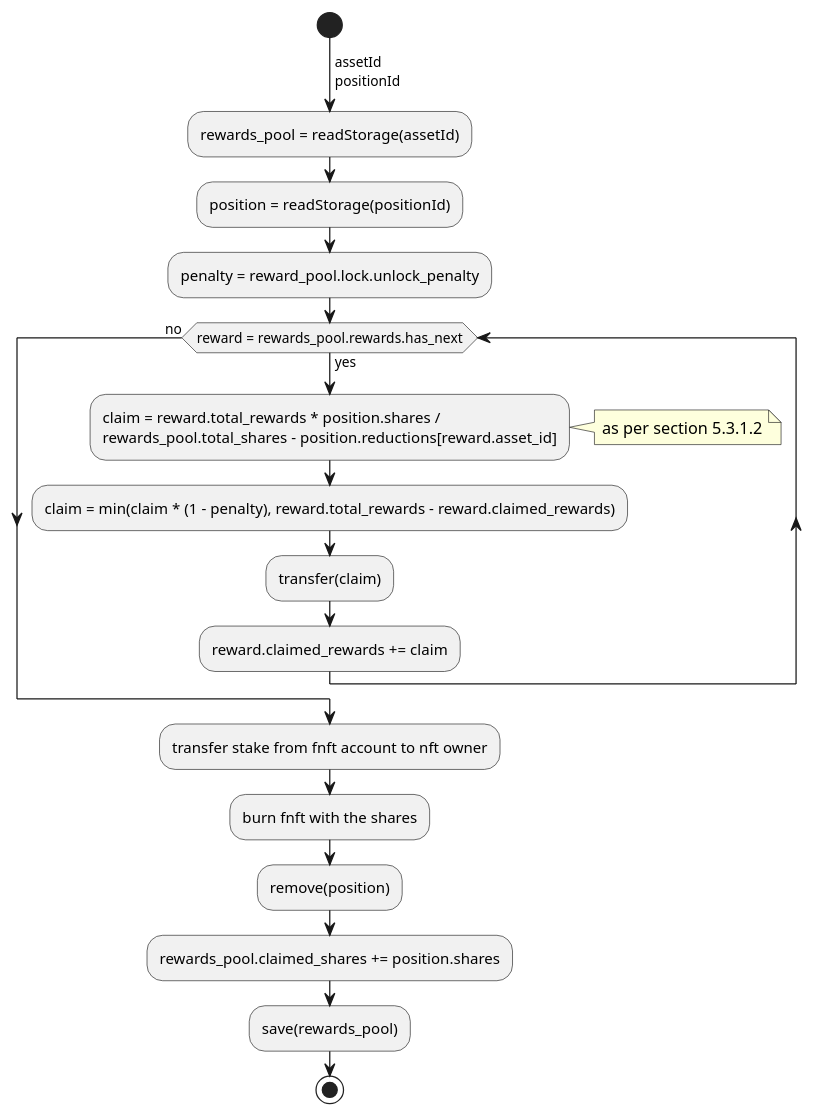
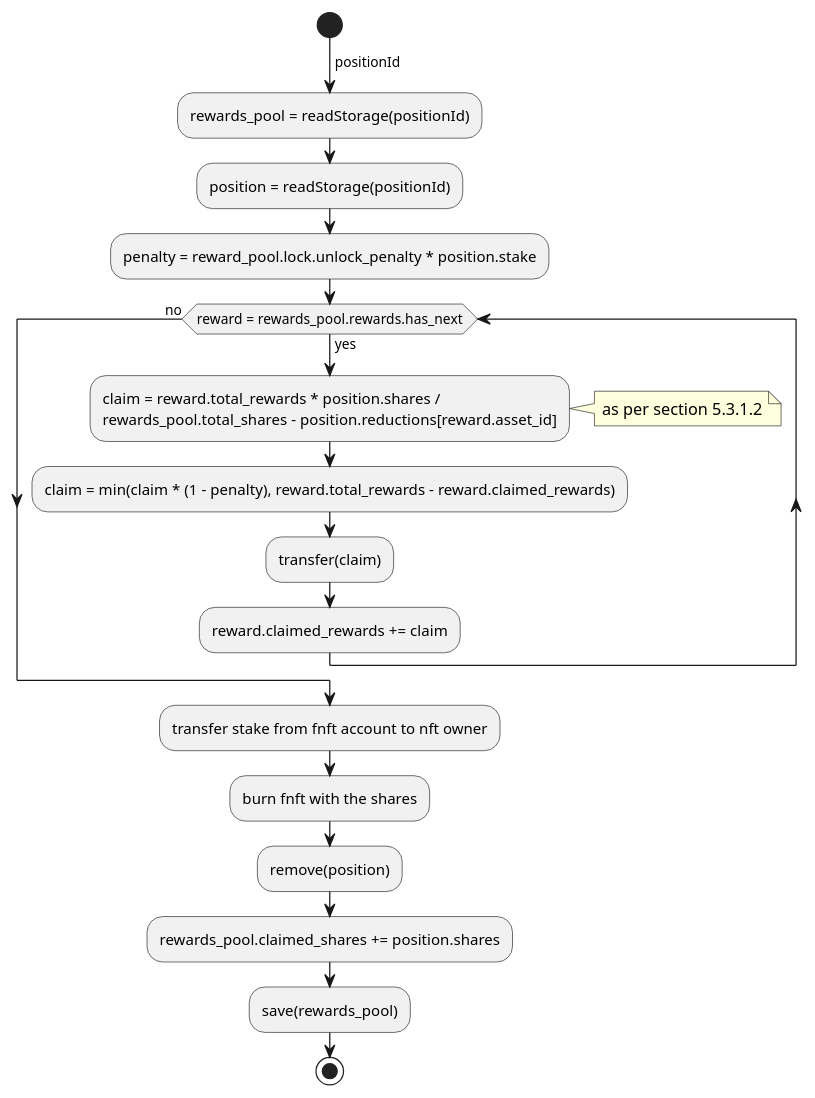
Before and after one commit to ComposableFi/composable: the seventh of 11 diagrams in rfcs/0005-pablo-distribution-assets/0005-pablo-distribution.adoc, drawn with PlantUML. The commit also changed other lines of this file and 8 other files, not shown here.

Commit message:
pablo & staking rewards rfc review. Updated diagrams for staking, extend position, unstake, update reward pool, reward accumulation hook, split position, claim. Fixed the links

```diff
--- a/rfcs/0005-pablo-distribution-assets/0005-pablo-distribution.adoc
+++ b/rfcs/0005-pablo-distribution-assets/0005-pablo-distribution.adoc
@@ -480,21 +476,21 @@
 [plantuml,images/unstake,png]
 ----
 start
-->assetId\npositionId;
-:rewards_pool = readStorage(assetId);
+->positionId;
+:rewards_pool = readStorage(positionId);
 :position = readStorage(positionId);
-:penalty = reward_pool.lock.unlock_penalty;
+:penalty = reward_pool.lock.unlock_penalty * position.stake;
 while (reward = rewards_pool.rewards.has_next) is (yes)
     :claim = reward.total_rewards * position.shares /\nrewards_pool.total_shares - position.reductions[reward.asset_id];
     note right: as per section 5.3.1.2
     :claim = min(claim * (1 - penalty), reward.total_rewards - reward.claimed_rewards);
     :transfer(claim);
     :reward.claimed_rewards += claim;
 endwhile (no)
 :transfer stake from fnft account to nft owner;
 :burn fnft with the shares;
 :remove(position);
 :rewards_pool.claimed_shares += position.shares;
 :save(rewards_pool);
 stop
 ----
```
